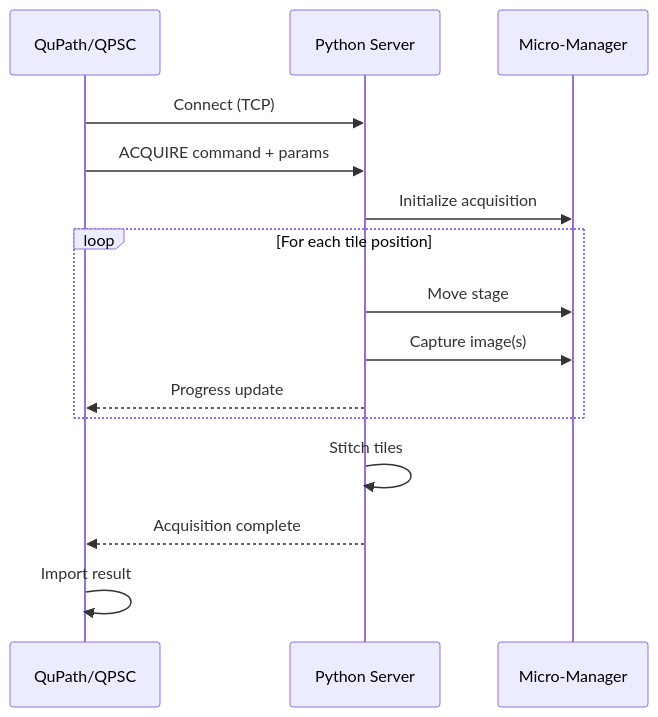
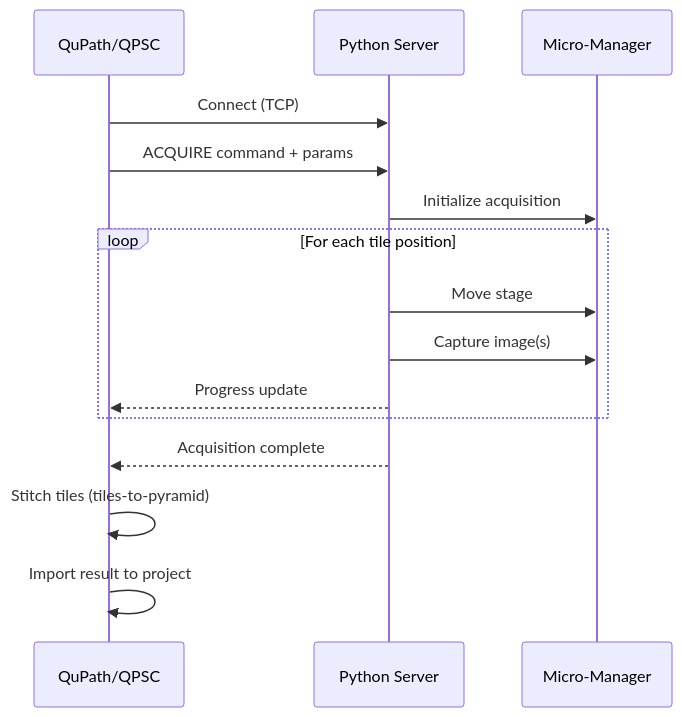
One commit to uw-loci/QPSC changed the third of 3 diagrams in README.md. Above: the diagram before and after it, drawn with Mermaid. The commit also changed other lines of this file and 1 other file, not shown here.

````diff
--- a/README.md
+++ b/README.md
@@ -968,20 +719,20 @@
 ```mermaid
 sequenceDiagram
     participant QP as QuPath/QPSC
     participant Srv as Python Server
     participant MM as Micro-Manager
 
     QP->>Srv: Connect (TCP)
     QP->>Srv: ACQUIRE command + params
     Srv->>MM: Initialize acquisition
 
     loop For each tile position
         Srv->>MM: Move stage
         Srv->>MM: Capture image(s)
         Srv-->>QP: Progress update
     end
 
-    Srv->>Srv: Stitch tiles
     Srv-->>QP: Acquisition complete
-    QP->>QP: Import result
+    QP->>QP: Stitch tiles (tiles-to-pyramid)
+    QP->>QP: Import result to project
 ```
````
